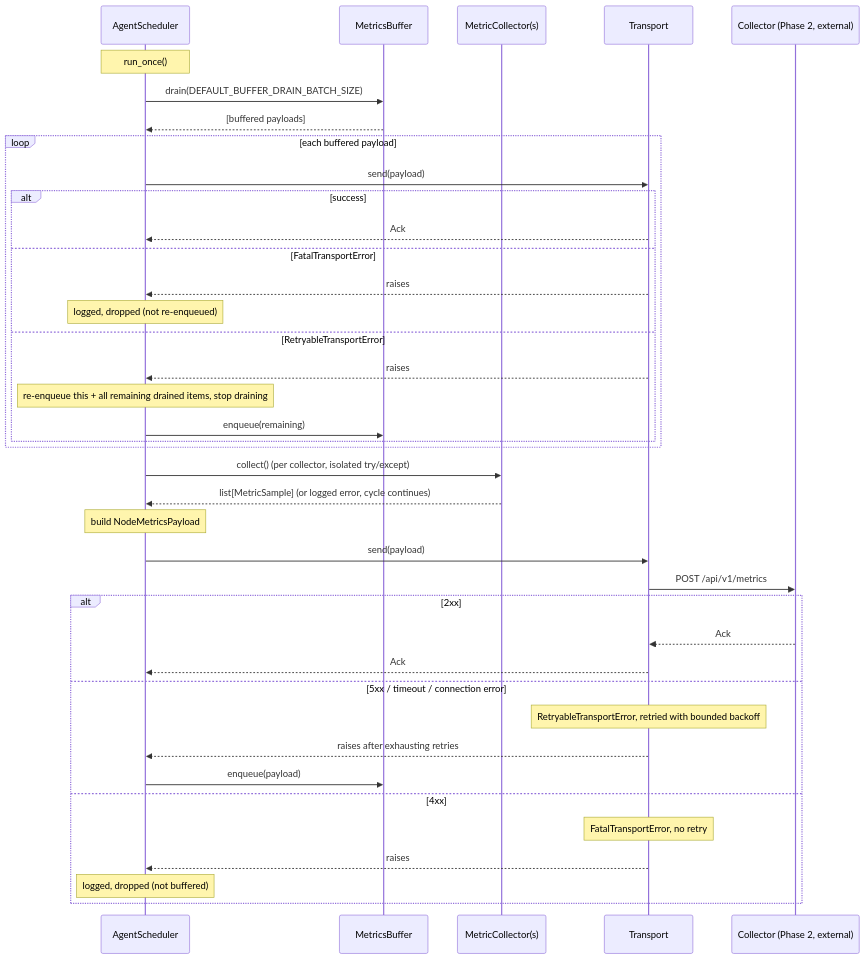
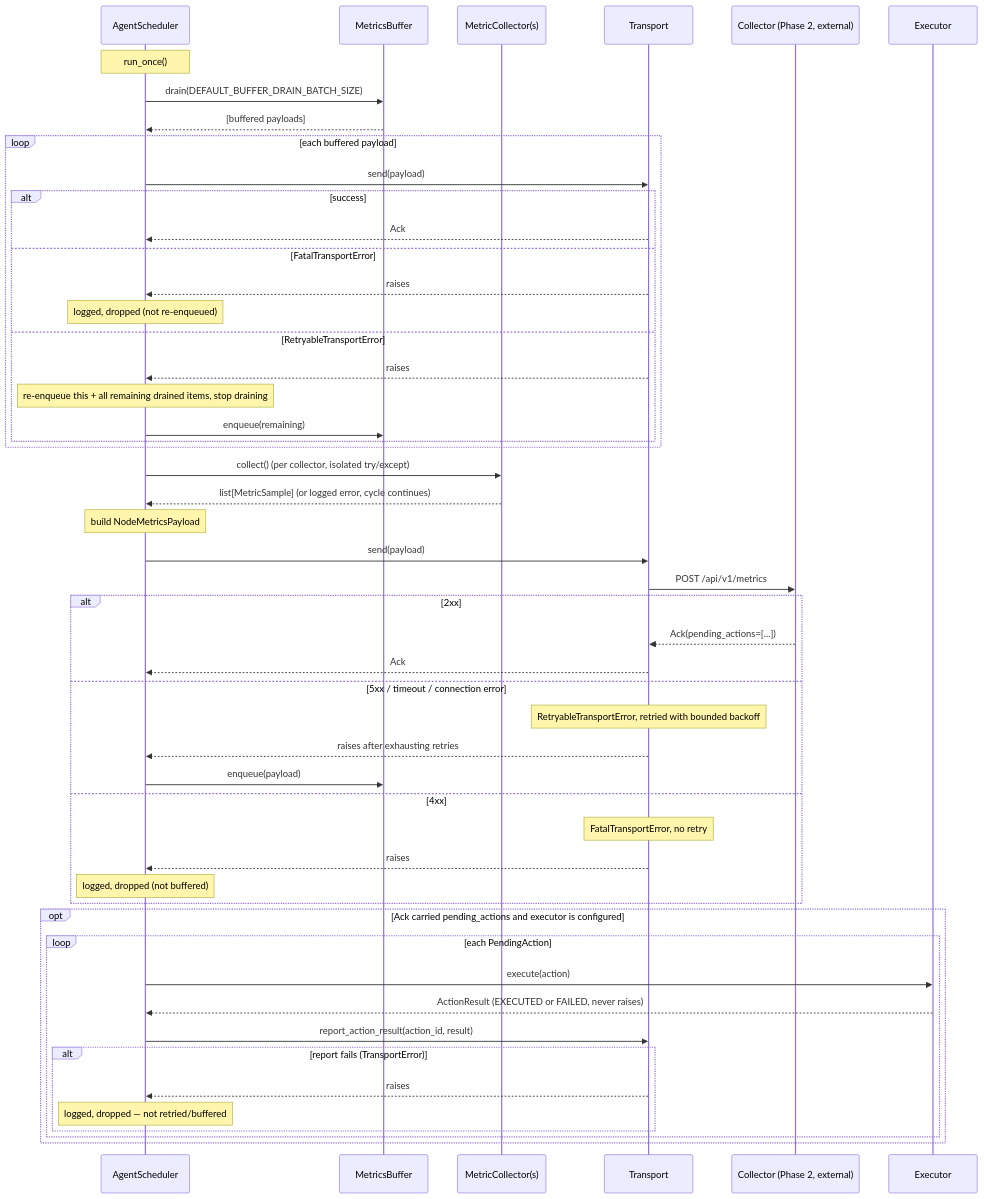
The second of 2 diagrams in agent/architecture.md (jayasati/ClusterPulse), drawn with Mermaid before and after one commit. The commit also changed other lines of this file and 62 other files, not shown here.

First line of the commit message:
feat(remediation): implement PlaybookActionType and associated actions

````diff
--- a/agent/architecture.md
+++ b/agent/architecture.md
@@ -88,44 +99,56 @@
 ```mermaid
 sequenceDiagram
     participant S as AgentScheduler
     participant B as MetricsBuffer
     participant C as MetricCollector(s)
     participant T as Transport
     participant Col as Collector (Phase 2, external)
 
     Note over S: run_once()
     S->>B: drain(DEFAULT_BUFFER_DRAIN_BATCH_SIZE)
     B-->>S: [buffered payloads]
     loop each buffered payload
         S->>T: send(payload)
         alt success
             T-->>S: Ack
         else FatalTransportError
             T-->>S: raises
             Note over S: logged, dropped (not re-enqueued)
         else RetryableTransportError
             T-->>S: raises
             Note over S: re-enqueue this + all remaining drained items, stop draining
             S->>B: enqueue(remaining)
         end
     end
 
     S->>C: collect() (per collector, isolated try/except)
     C-->>S: list[MetricSample] (or logged error, cycle continues)
     Note over S: build NodeMetricsPayload
 
     S->>T: send(payload)
     T->>Col: POST /api/v1/metrics
     alt 2xx
-        Col-->>T: Ack
+        Col-->>T: Ack(pending_actions=[...])
         T-->>S: Ack
     else 5xx / timeout / connection error
         Note over T: RetryableTransportError, retried with bounded backoff
         T-->>S: raises after exhausting retries
         S->>B: enqueue(payload)
     else 4xx
         Note over T: FatalTransportError, no retry
         T-->>S: raises
         Note over S: logged, dropped (not buffered)
     end
+
+    opt Ack carried pending_actions and executor is configured
+        loop each PendingAction
+            S->>Executor: execute(action)
+            Executor-->>S: ActionResult (EXECUTED or FAILED, never raises)
+            S->>T: report_action_result(action_id, result)
+            alt report fails (TransportError)
+                T-->>S: raises
+                Note over S: logged, dropped — not retried/buffered
+            end
+        end
+    end
 ```
````
